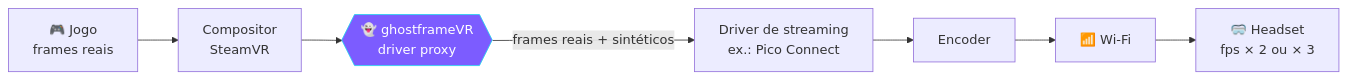
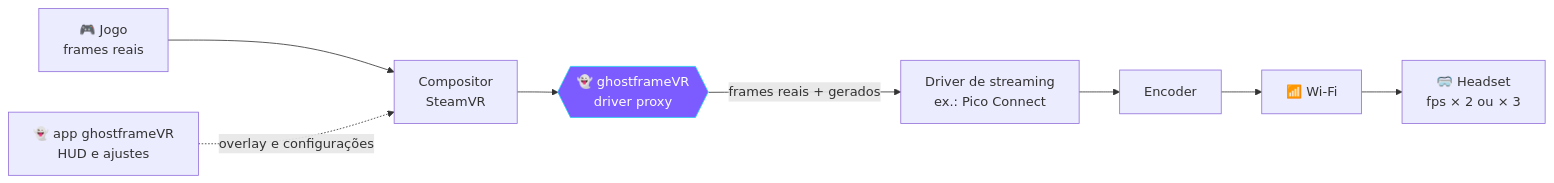
One commit to luizhc06/ghostframeVR changed the diagram in README.md. Above: the diagram before and after it, drawn with Mermaid. The commit also changed other lines of this file and 5 other files, not shown here.

````diff
--- a/README.md
+++ b/README.md
@@ -42,8 +44,9 @@
 ```mermaid
 flowchart LR
     A[🎮 Jogo<br/>frames reais] --> B[Compositor<br/>SteamVR]
     B --> C{{👻 ghostframeVR<br/>driver proxy}}
-    C -->|frames reais + sintéticos| D[Driver de streaming<br/>ex.: Pico Connect]
+    C -->|frames reais + gerados| D[Driver de streaming<br/>ex.: Pico Connect]
     D --> E[Encoder] --> F[📶 Wi-Fi] --> G[🥽 Headset<br/>fps × 2 ou × 3]
+    H[👻 app ghostframeVR<br/>HUD e ajustes] -.overlay e configurações.-> B
     style C fill:#7c5cff,stroke:#22d3ee,color:#fff
 ```
````
